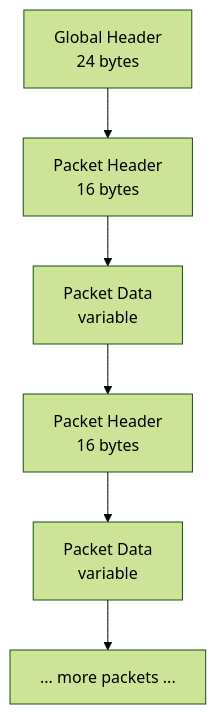
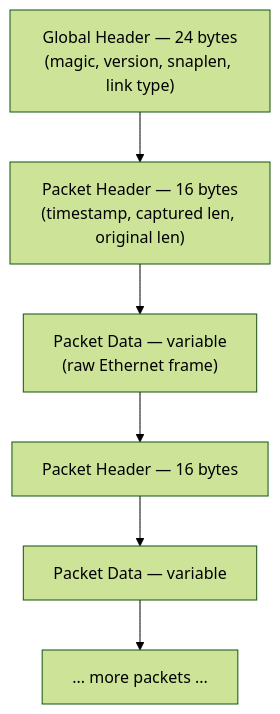
Before and after one commit to hemant2725/dpi-engine: the fourth of 7 diagrams in README.md, drawn with Mermaid (forest theme). The commit also changed other lines of this file, not shown here.

````diff
--- a/README.md
+++ b/README.md
@@ -88,11 +177,11 @@
 ```mermaid
 flowchart TB
-    GH["Global Header<br/>24 bytes"]
-    PH1["Packet Header<br/>16 bytes"]
-    PD1["Packet Data<br/>variable"]
-    PH2["Packet Header<br/>16 bytes"]
-    PD2["Packet Data<br/>variable"]
+    GH["Global Header — 24 bytes\n(magic, version, snaplen, link type)"]
+    PH1["Packet Header — 16 bytes\n(timestamp, captured len, original len)"]
+    PD1["Packet Data — variable\n(raw Ethernet frame)"]
+    PH2["Packet Header — 16 bytes"]
+    PD2["Packet Data — variable"]
     MORE["... more packets ..."]
 
     GH --> PH1 --> PD1 --> PH2 --> PD2 --> MORE
 ```
````
